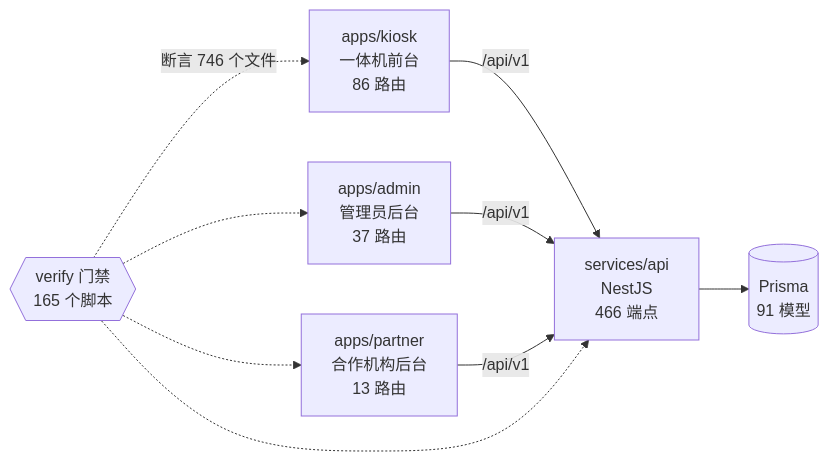
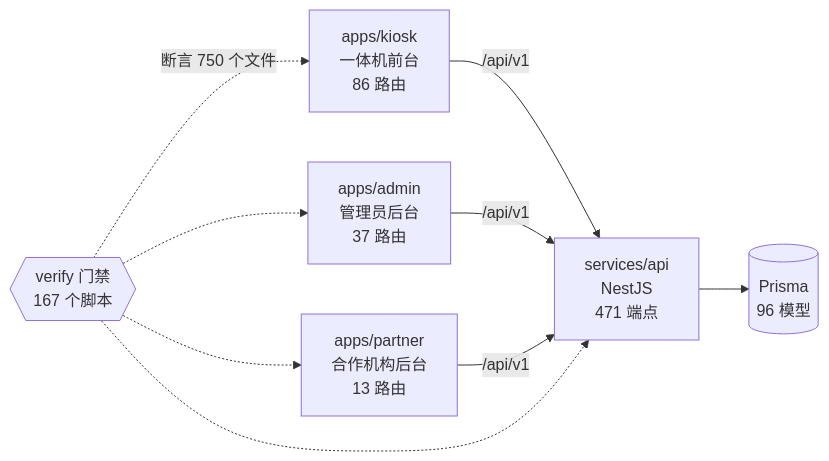
Before and after one commit to wanglei581/YITIJI: the diagram in docs/graph/README.md, drawn with Mermaid. The commit also changed other lines of this file and 5 other files, not shown here.

First line of the commit message:
fix(ci): 修 gates.mjs 根级 scripts/lib/ 排除失效；重跑图谱

````diff
--- a/docs/graph/README.md
+++ b/docs/graph/README.md
@@ -68,18 +68,18 @@
 ```mermaid
 flowchart LR
   kiosk["apps/kiosk<br/>一体机前台<br/>86 路由"]
   admin["apps/admin<br/>管理员后台<br/>37 路由"]
   partner["apps/partner<br/>合作机构后台<br/>13 路由"]
-  api["services/api<br/>NestJS<br/>466 端点"]
-  db[("Prisma<br/>91 模型")]
-  gates{{"verify 门禁<br/>165 个脚本"}}
+  api["services/api<br/>NestJS<br/>471 端点"]
+  db[("Prisma<br/>96 模型")]
+  gates{{"verify 门禁<br/>167 个脚本"}}
 
   kiosk -->|"/api/v1"| api
   admin -->|"/api/v1"| api
   partner -->|"/api/v1"| api
   api --> db
-  gates -.->|"断言 746 个文件"| kiosk
+  gates -.->|"断言 750 个文件"| kiosk
   gates -.-> admin
   gates -.-> partner
   gates -.-> api
 ```
````
